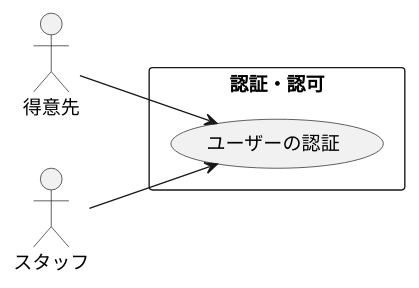
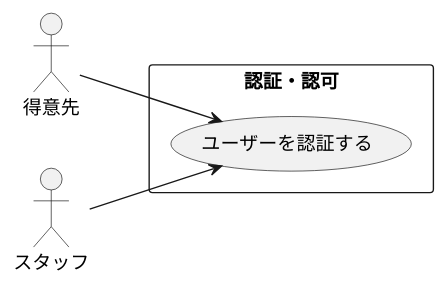
One commit to k2works/application_programing_excercise_2022 changed diagram 43 of 47 in docs/index.adoc. Above: the diagram before and after it, drawn with PlantUML. The commit also changed other lines of this file, not shown here.

```diff
--- a/docs/index.adoc
+++ b/docs/index.adoc
@@ -1358,13 +1358,13 @@
 [plantuml]
 ----
 @startuml
 left to right direction
 actor "得意先" as customer
 actor "スタッフ" as staff
 rectangle 認証・認可 {
-  usecase "ユーザーの認証" as UC1
+  usecase "ユーザーを認証する" as UC1
 }
 customer --> UC1
 staff --> UC1
 @enduml
 ----
```
